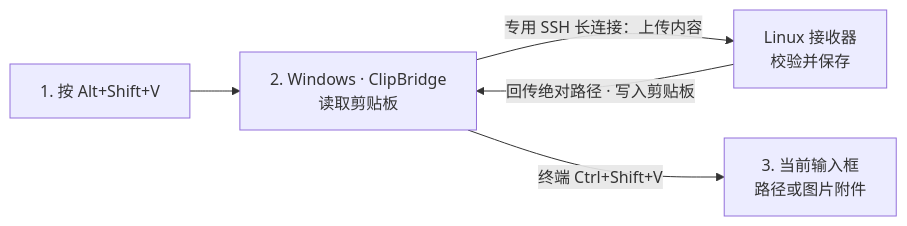
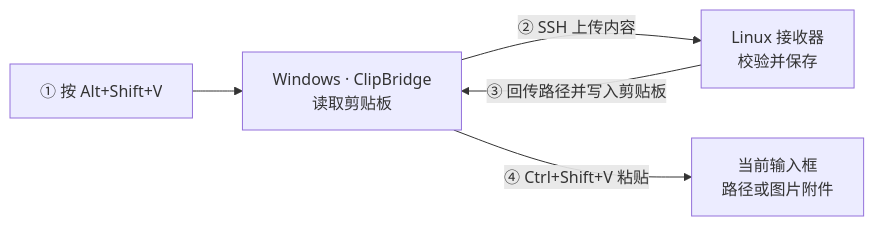
One commit to NewbieToEverything/clip-win-linux changed the second of 2 diagrams in README.zh.md. Above: the diagram before and after it, drawn with Mermaid. The commit also changed 1 other file, not shown here.

Commit message:
Number the upload, reply, and paste arrows

````diff
--- a/README.zh.md
+++ b/README.zh.md
@@ -26,7 +26,7 @@
 ```mermaid
 flowchart LR
-    H["1. 按 Alt+Shift+V"] --> W["2. Windows · ClipBridge<br/>读取剪贴板"]
-    W -->|"专用 SSH 长连接：上传内容"| L["Linux 接收器<br/>校验并保存"]
-    L -->|"回传绝对路径 · 写入剪贴板"| W
-    W -->|"终端 Ctrl+Shift+V"| A["3. 当前输入框<br/>路径或图片附件"]
+    H["① 按 Alt+Shift+V"] --> W["Windows · ClipBridge<br/>读取剪贴板"]
+    W -->|"② SSH 上传内容"| L["Linux 接收器<br/>校验并保存"]
+    L -->|"③ 回传路径并写入剪贴板"| W
+    W -->|"④ Ctrl+Shift+V 粘贴"| A["当前输入框<br/>路径或图片附件"]
 ```
````
